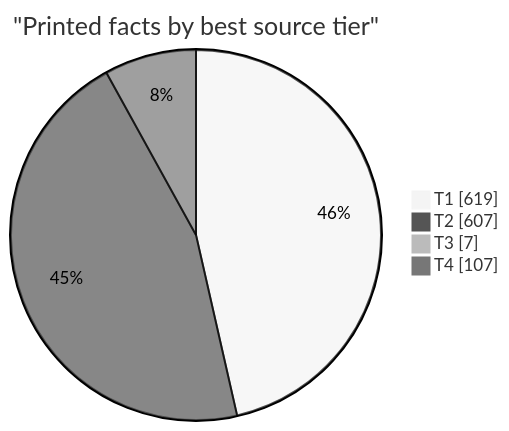
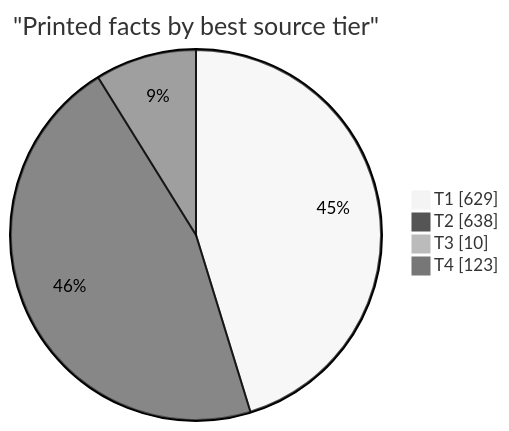
One commit to EU27-data-sovereignty/eu27-data-sovereignty changed the second of 5 diagrams in docs/evidence.md. Above: the diagram before and after it, drawn with Mermaid (neutral theme). The commit also changed other lines of this file and 77 other files, not shown here.

````diff
--- a/docs/evidence.md
+++ b/docs/evidence.md
@@ -36,8 +36,8 @@
 ```mermaid
 pie showData
   title "Printed facts by best source tier"
-  "T1" : 619
-  "T2" : 607
-  "T3" : 7
-  "T4" : 107
+  "T1" : 629
+  "T2" : 638
+  "T3" : 10
+  "T4" : 123
 ```
````
